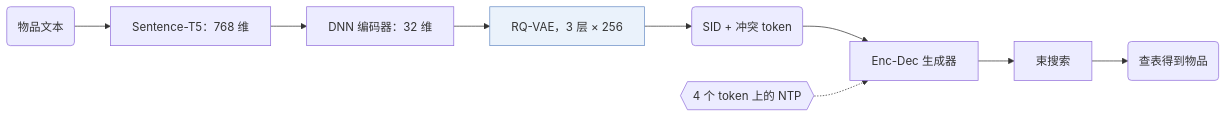
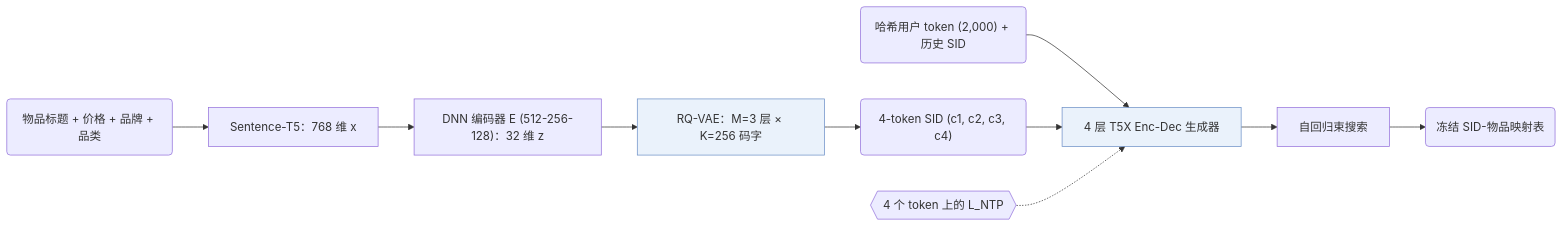
Before and after one commit to Galaxy-ghost/Awesome-SID-Generative-Rec: the first of 2 diagrams in notes/zh/tiger.md, drawn with Mermaid. The commit also changed other lines of this file and 649 other files, not shown here.

Commit message:
writer-05: also tags and modality index (schema, check, build, visuals); summary field removed; calibration data for 12 papers

````diff
--- a/notes/zh/tiger.md
+++ b/notes/zh/tiger.md
@@ -16,12 +16,13 @@
 ```mermaid
 flowchart LR
-    A("物品文本") --> B["Sentence-T5：768 维"]
-    B --> C["DNN 编码器：32 维"]
-    C --> D["RQ-VAE，3 层 × 256"]:::key
-    D --> E("SID + 冲突 token")
-    E --> F["Enc-Dec 生成器"]
-    L1{{"4 个 token 上的 NTP"}} -.-> F
-    F --> G["束搜索"]
-    G --> H("查表得到物品")
+    A("物品标题 + 价格 + 品牌 + 品类") --> B["Sentence-T5：768 维 x"]
+    B --> C["DNN 编码器 E (512-256-128)：32 维 z"]
+    C --> D["RQ-VAE：M=3 层 × K=256 码字"]:::key
+    D --> E("4-token SID (c1, c2, c3, c4)")
+    U("哈希用户 token (2,000) + 历史 SID") --> F["4 层 T5X Enc-Dec 生成器"]:::key
+    E --> F
+    L1{{"4 个 token 上的 L_NTP"}} -.-> F
+    F --> G["自回归束搜索"]
+    G --> H("冻结 SID-物品映射表")
     classDef key fill:#eaf2fb,stroke:#6b8fc7
 ```
````
